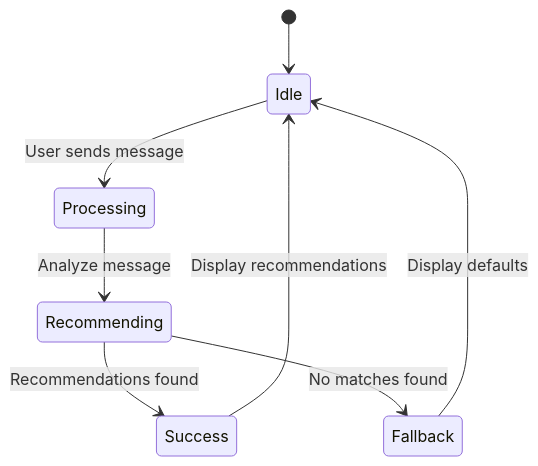
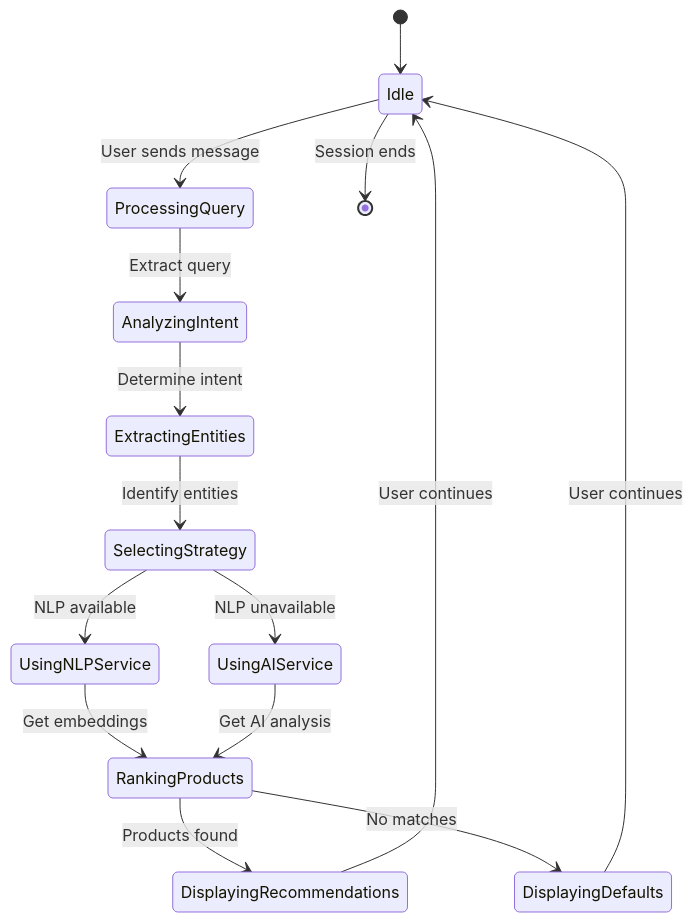
One commit to Gauravkrsah/Cropsay changed the third of 7 diagrams in documentation/digram.md. Above: the diagram before and after it, drawn with Mermaid. The commit also changed other lines of this file, not shown here.

Commit message:
Update diagrams to follow proper UML standards with more accurate system representation

````diff
--- a/documentation/digram.md
+++ b/documentation/digram.md
@@ -129,13 +304,24 @@
 ```mermaid
 stateDiagram-v2
     [*] --> Idle
     
-    Idle --> Processing: User sends message
-    Processing --> Recommending: Analyze message
+    Idle --> ProcessingQuery: User sends message
     
-    Recommending --> Success: Recommendations found
-    Recommending --> Fallback: No matches found
+    ProcessingQuery --> AnalyzingIntent: Extract query
+    AnalyzingIntent --> ExtractingEntities: Determine intent
+    ExtractingEntities --> SelectingStrategy: Identify entities
     
-    Success --> Idle: Display recommendations
-    Fallback --> Idle: Display defaults
+    SelectingStrategy --> UsingNLPService: NLP available
+    SelectingStrategy --> UsingAIService: NLP unavailable
+    
+    UsingNLPService --> RankingProducts: Get embeddings
+    UsingAIService --> RankingProducts: Get AI analysis
+    
+    RankingProducts --> DisplayingRecommendations: Products found
+    RankingProducts --> DisplayingDefaults: No matches
+    
+    DisplayingRecommendations --> Idle: User continues
+    DisplayingDefaults --> Idle: User continues
+    
+    Idle --> [*]: Session ends
 ```
````
